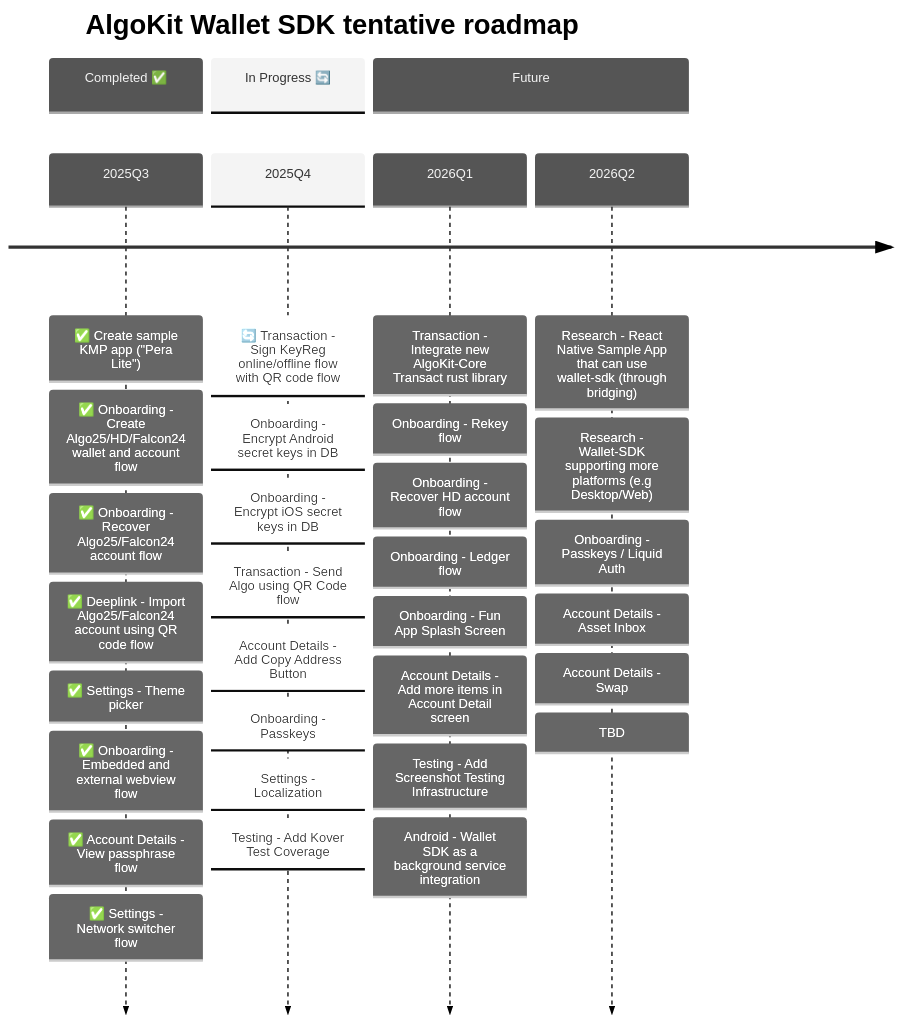
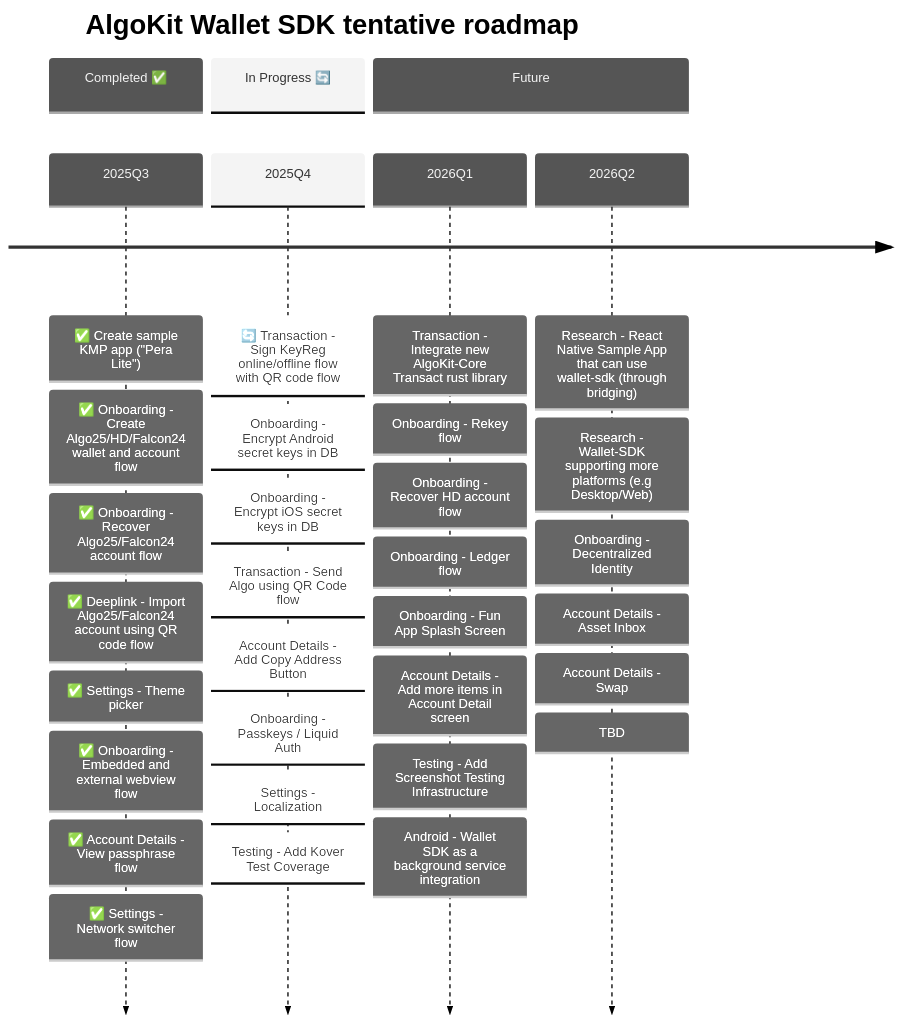
One commit to michaeltchuang/algokit-walletsdk-kmp changed the second of 3 diagrams in README.md. Above: the diagram before and after it, drawn with Mermaid. The commit also changed other lines of this file, not shown here.

````diff
--- a/README.md
+++ b/README.md
@@ -47,44 +47,44 @@
 ```mermaid
 ---
 config:
   theme: 'neutral'
 ---
 timeline
     title AlgoKit Wallet SDK tentative roadmap
 
     section Completed ✅
     2025Q3  : ✅ Create sample KMP app ("Pera Lite")
             : ✅ Onboarding - Create Algo25/HD/Falcon24 wallet and account flow
             : ✅ Onboarding - Recover Algo25/Falcon24 account flow
             : ✅ Deeplink - Import Algo25/Falcon24 account using QR code flow
             : ✅ Settings - Theme picker
             : ✅ Onboarding - Embedded and external webview flow
             : ✅ Account Details - View passphrase flow
             : ✅ Settings - Network switcher flow
 
     section In Progress 🔄
     2025Q4  : 🔄 Transaction - Sign KeyReg online/offline flow with QR code flow
             : Onboarding - Encrypt Android secret keys in DB
             : Onboarding - Encrypt iOS secret keys in DB
             : Transaction - Send Algo using QR Code flow
             : Account Details - Add Copy Address Button
-            : Onboarding - Passkeys
+            : Onboarding - Passkeys / Liquid Auth
             : Settings - Localization
             : Testing - Add Kover Test Coverage
 
     section Future
     2026Q1  : Transaction - Integrate new AlgoKit-Core Transact rust library
             : Onboarding - Rekey flow
             : Onboarding - Recover HD account flow
             : Onboarding - Ledger flow
             : Onboarding - Fun App Splash Screen
             : Account Details - Add more items in Account Detail screen
             : Testing - Add Screenshot Testing Infrastructure
             : Android - Wallet SDK as a background service integration
     2026Q2  : Research - React Native Sample App that can use wallet-sdk (through bridging)
             : Research - Wallet-SDK supporting more platforms (e.g Desktop/Web)
-            : Onboarding - Passkeys / Liquid Auth
+            : Onboarding - Decentralized Identity
             : Account Details - Asset Inbox
             : Account Details - Swap
             : TBD
 ```
````
